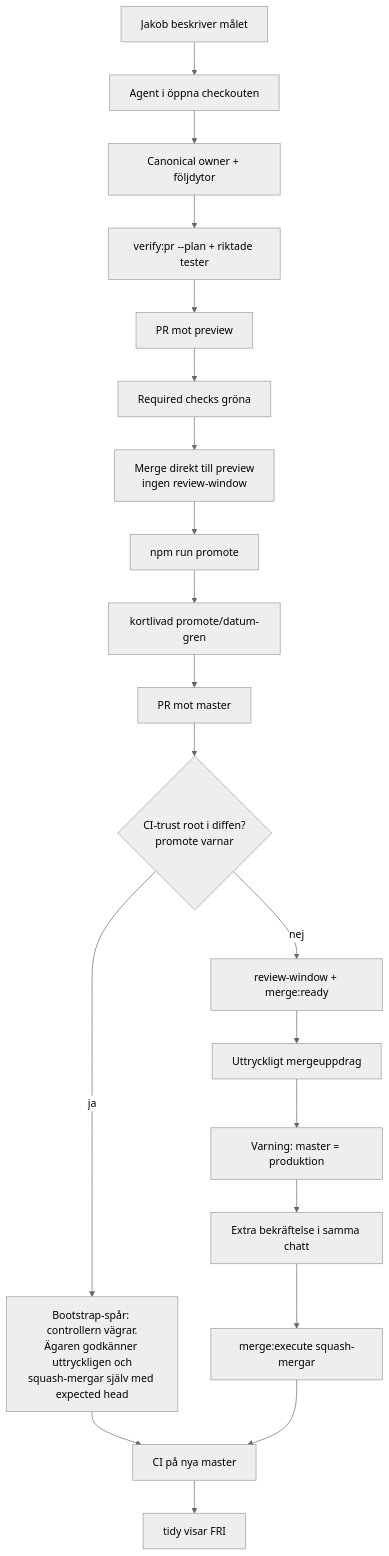
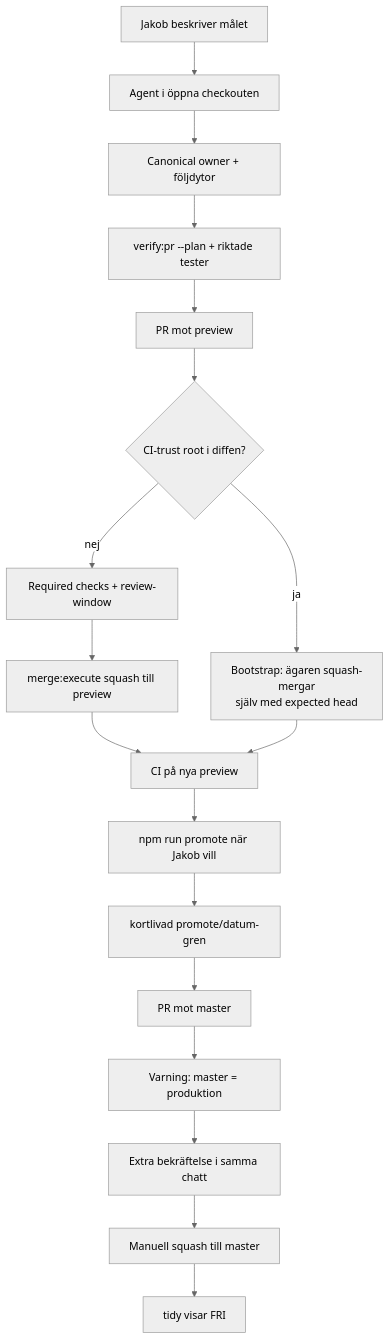
Before and after one commit to Jakeminator123/sajtmaskin: the diagram in docs/runbooks/agent-workflow.md, drawn with Mermaid (neutral theme). The commit also changed other lines of this file and 20 other files, not shown here.

First line of the commit message:
fix(ci): låt merge:execute squash-merga till preview

````diff
--- a/docs/runbooks/agent-workflow.md
+++ b/docs/runbooks/agent-workflow.md
@@ -15,22 +15,20 @@
 ```mermaid
 flowchart TD
   U["Jakob beskriver målet"] --> A["Agent i öppna checkouten"]
   A --> B["Canonical owner + följdytor"]
   B --> C["verify:pr --plan + riktade tester"]
   C --> P["PR mot preview"]
-  P --> Q["Required checks gröna"]
-  Q --> M["Merge direkt till preview<br/>ingen review-window"]
-  M --> R["npm run promote"]
+  P --> W{"CI-trust root i diffen?"}
+  W -- "nej" --> Q["Required checks + review-window"]
+  Q --> M["merge:execute squash till preview"]
+  W -- "ja" --> X["Bootstrap: ägaren squash-mergar<br/>själv med expected head"]
+  M --> Y["CI på nya preview"]
+  X --> Y
+  Y --> R["npm run promote när Jakob vill"]
   R --> S["kortlivad promote/datum-gren"]
   S --> T["PR mot master"]
-  T --> W{"CI-trust root i diffen?<br/>promote varnar"}
-  W -- "nej" --> D["review-window + merge:ready"]
-  D --> H["Uttryckligt mergeuppdrag"]
-  H --> H2["Varning: master = produktion"]
+  T --> H2["Varning: master = produktion"]
   H2 --> H3["Extra bekräftelse i samma chatt"]
-  H3 --> I["merge:execute squash-mergar"]
-  W -- "ja" --> X["Bootstrap-spår: controllern vägrar.<br/>Ägaren godkänner uttryckligen och<br/>squash-mergar själv med expected head"]
-  X --> K
-  I --> K["CI på nya master"]
+  H3 --> K["Manuell squash till master"]
   K --> J["tidy visar FRI"]
 ```
````
